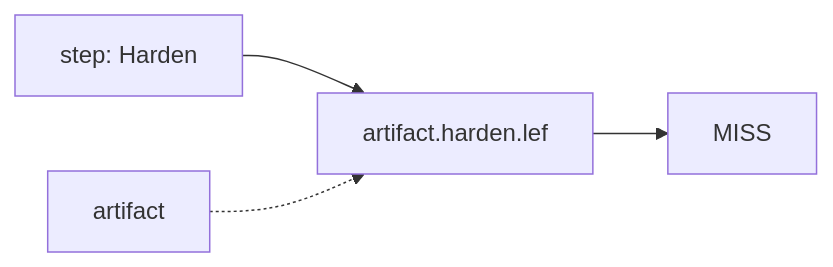
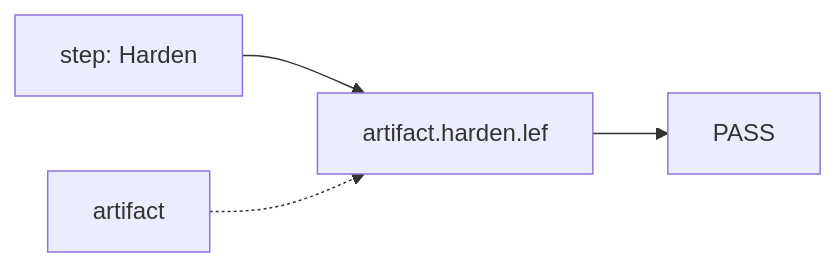
Before and after one commit to openecos-projects/ecc: diagram 20 of 56 in .github/signoff-board/signoff-kanban.md, drawn with Mermaid. The commit also changed other lines of this file and 1 other file, not shown here.

````diff
--- a/.github/signoff-board/signoff-kanban.md
+++ b/.github/signoff-board/signoff-kanban.md
@@ -509,6 +519,6 @@
 ```mermaid
 flowchart LR
   step_artifact_harden_lef["step: Harden"] --> metric_artifact_harden_lef["artifact.harden.lef"]
-  metric_artifact_harden_lef --> state_artifact_harden_lef["MISS"]
+  metric_artifact_harden_lef --> state_artifact_harden_lef["PASS"]
   cat_artifact_harden_lef["artifact"] -.-> metric_artifact_harden_lef
 ```
````
